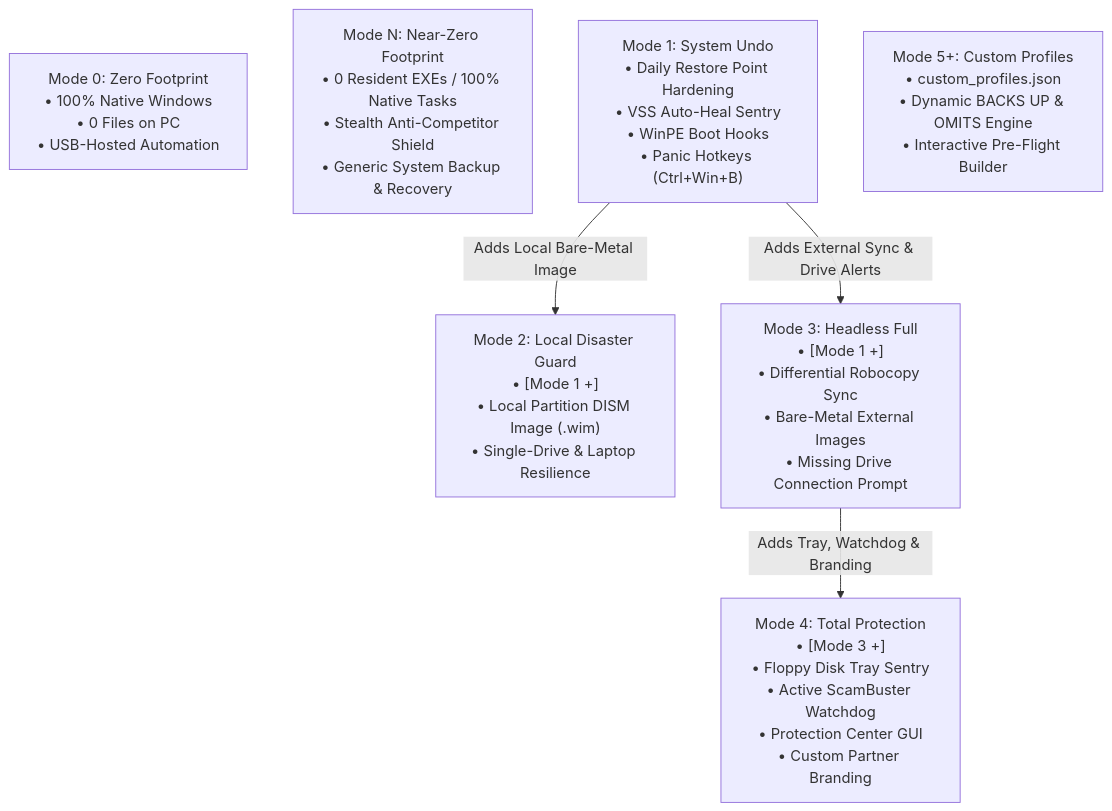
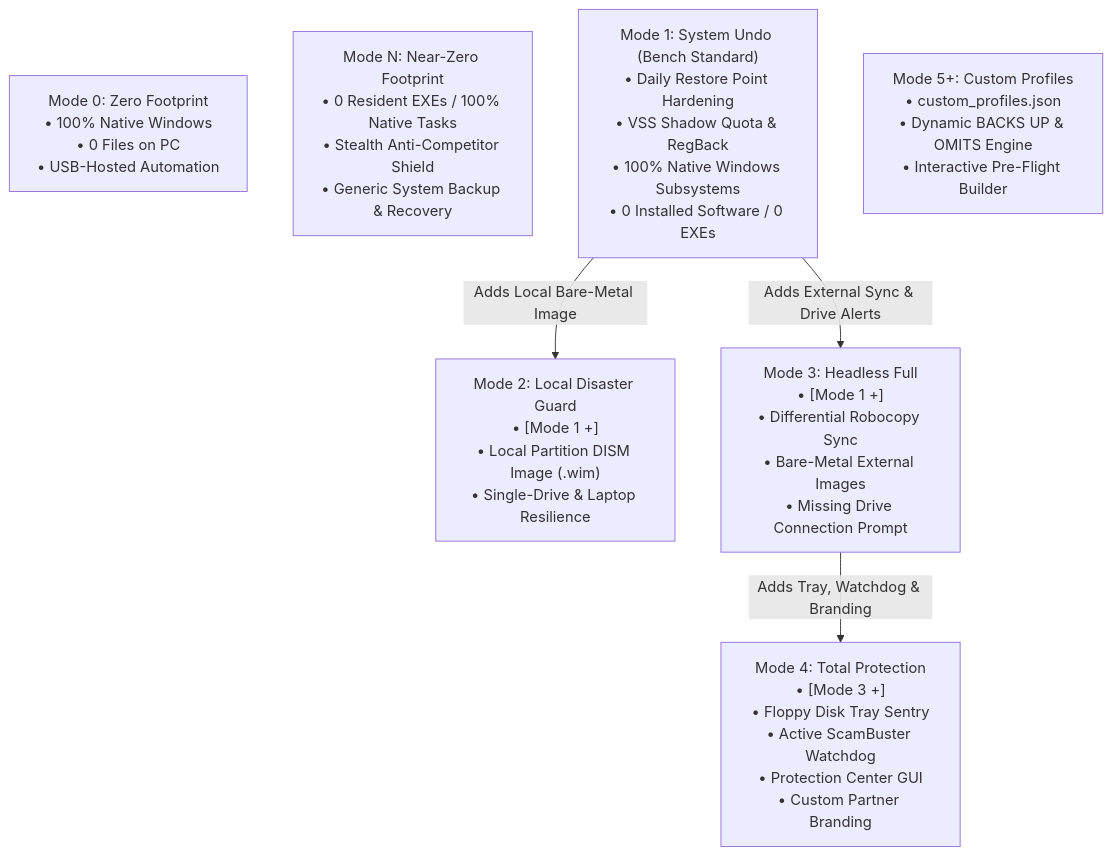
Before and after one commit to remarkablepc/WINBARS: the diagram in docs/ARCHITECTURE.md, drawn with Mermaid. The commit also changed other lines of this file and 2 other files, not shown here.

Commit message:
docs: update architecture, disaster recovery, and changelog for portable rescue suite

````diff
--- a/docs/ARCHITECTURE.md
+++ b/docs/ARCHITECTURE.md
@@ -116,14 +122,14 @@
 ```mermaid
 graph TD
     M0["Mode 0: Zero Footprint<br>• 100% Native Windows<br>• 0 Files on PC<br>• USB-Hosted Automation"]
     MN["Mode N: Near-Zero Footprint<br>• 0 Resident EXEs / 100% Native Tasks<br>• Stealth Anti-Competitor Shield<br>• Generic System Backup & Recovery"]
-    M1["Mode 1: System Undo<br>• Daily Restore Point Hardening<br>• VSS Auto-Heal Sentry<br>• WinPE Boot Hooks<br>• Panic Hotkeys (Ctrl+Win+B)"]
+    M1["Mode 1: System Undo (Bench Standard)<br>• Daily Restore Point Hardening<br>• VSS Shadow Quota & RegBack<br>• 100% Native Windows Subsystems<br>• 0 Installed Software / 0 EXEs"]
     M2["Mode 2: Local Disaster Guard<br>• [Mode 1 +]<br>• Local Partition DISM Image (.wim)<br>• Single-Drive & Laptop Resilience"]
     M3["Mode 3: Headless Full<br>• [Mode 1 +]<br>• Differential Robocopy Sync<br>• Bare-Metal External Images<br>• Missing Drive Connection Prompt"]
     M4["Mode 4: Total Protection<br>• [Mode 3 +]<br>• Floppy Disk Tray Sentry<br>• Active ScamBuster Watchdog<br>• Protection Center GUI<br>• Custom Partner Branding"]
     M5["Mode 5+: Custom Profiles<br>• custom_profiles.json<br>• Dynamic BACKS UP & OMITS Engine<br>• Interactive Pre-Flight Builder"]
 
     M1 -->|Adds Local Bare-Metal Image| M2
     M1 -->|Adds External Sync & Drive Alerts| M3
     M3 -->|Adds Tray, Watchdog & Branding| M4
 ```
````
